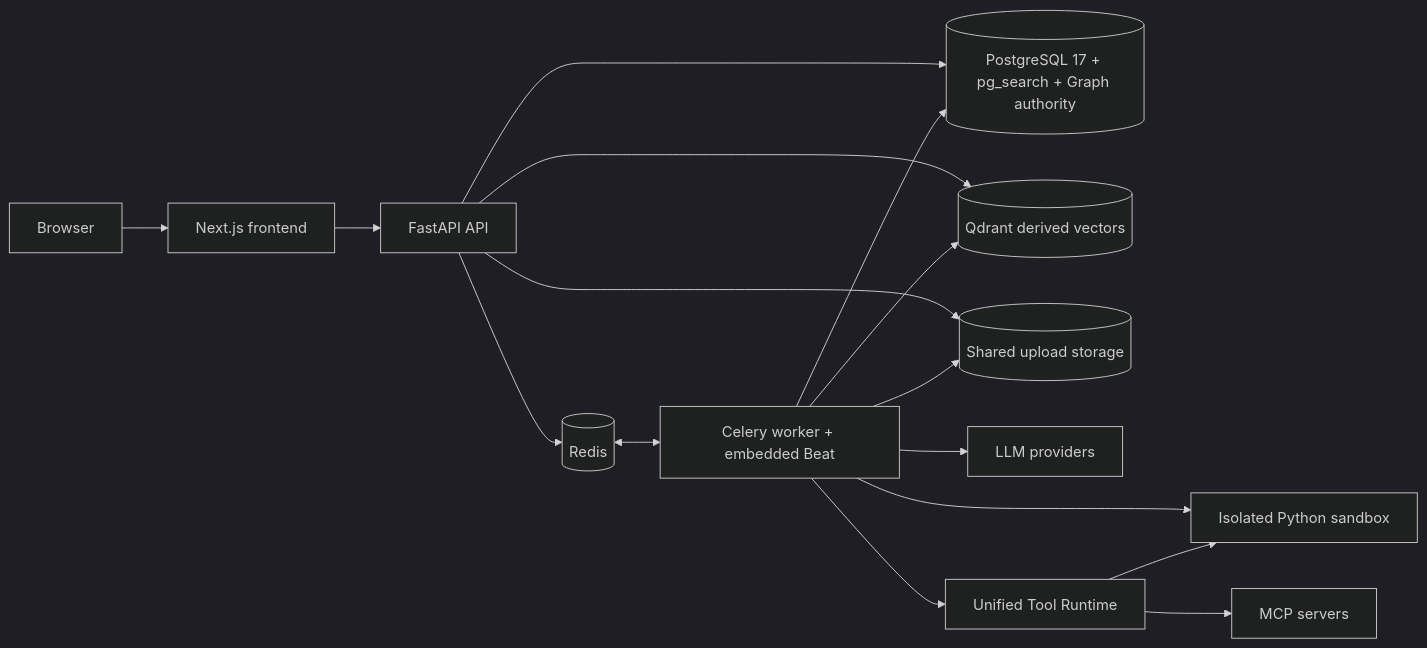
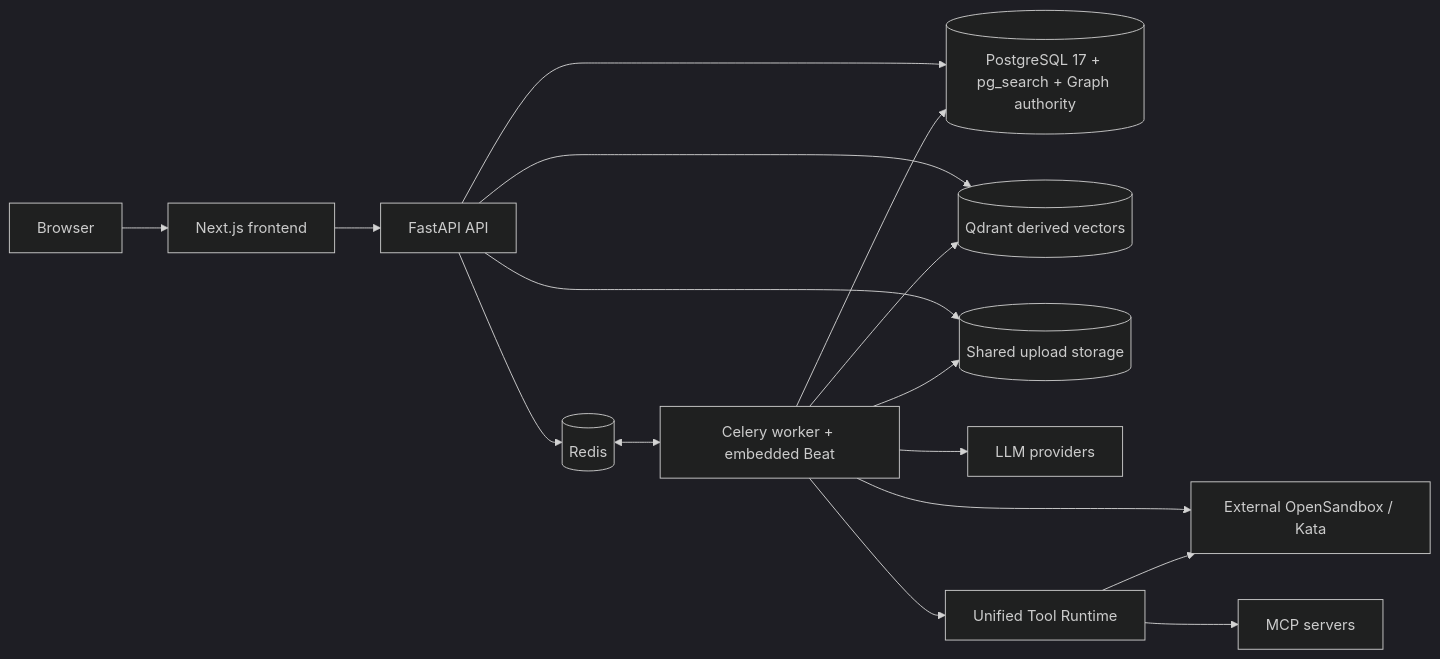
One commit to IQZZ020501/NexaFlow changed the diagram in README.md. Above: the diagram before and after it, drawn with Mermaid (dark theme). The commit also changed other lines of this file and 101 other files, not shown here.

Commit message:
refactor(execution): migrate workloads to OpenSandbox

````diff
--- a/README.md
+++ b/README.md
@@ -63,18 +63,18 @@
 ```mermaid
 flowchart LR
     Browser[Browser] --> Web[Next.js frontend]
     Web --> API[FastAPI API]
     API --> DB[("PostgreSQL 17 + pg_search + Graph authority")]
     API --> Redis[(Redis)]
     API --> Qdrant[("Qdrant derived vectors")]
     API --> Storage[("Shared upload storage")]
     Redis <--> Worker["Celery worker + embedded Beat"]
     Worker --> DB
     Worker --> Qdrant
     Worker --> Storage[(Shared upload storage)]
-    Worker --> Sandbox[Isolated Python sandbox]
+    Worker --> Sandbox[External OpenSandbox / Kata]
     Worker --> Models[LLM providers]
     Worker --> ToolRuntime[Unified Tool Runtime]
     ToolRuntime --> Sandbox
     ToolRuntime --> MCP[MCP servers]
 ```
````
